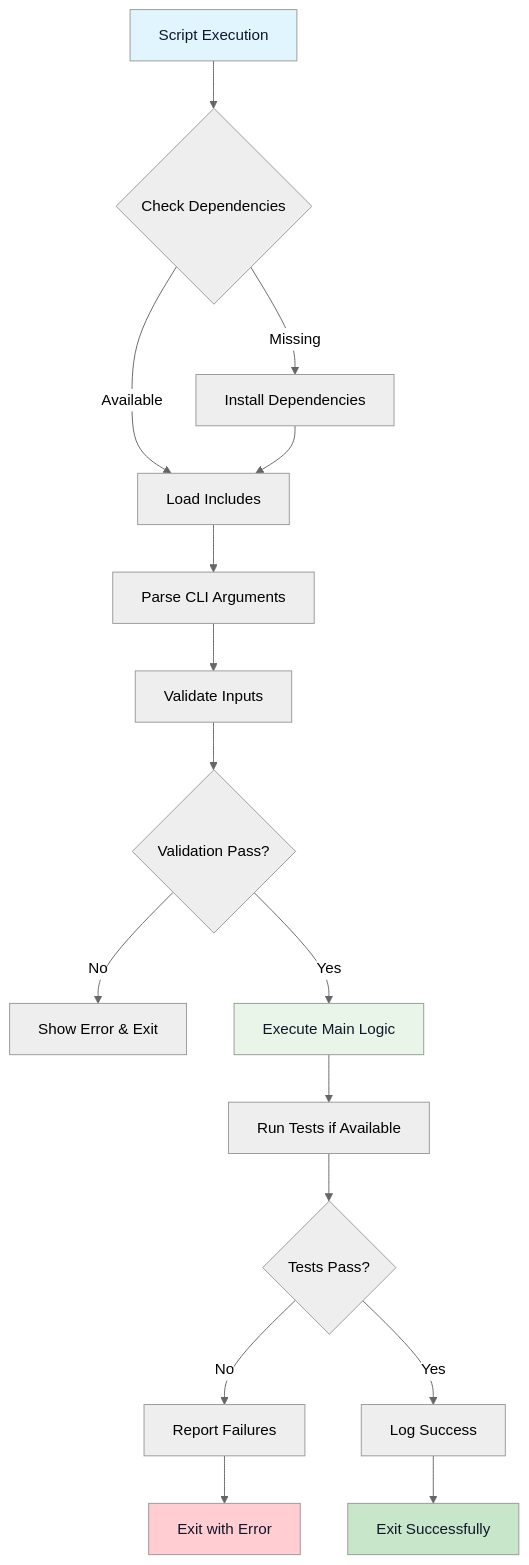
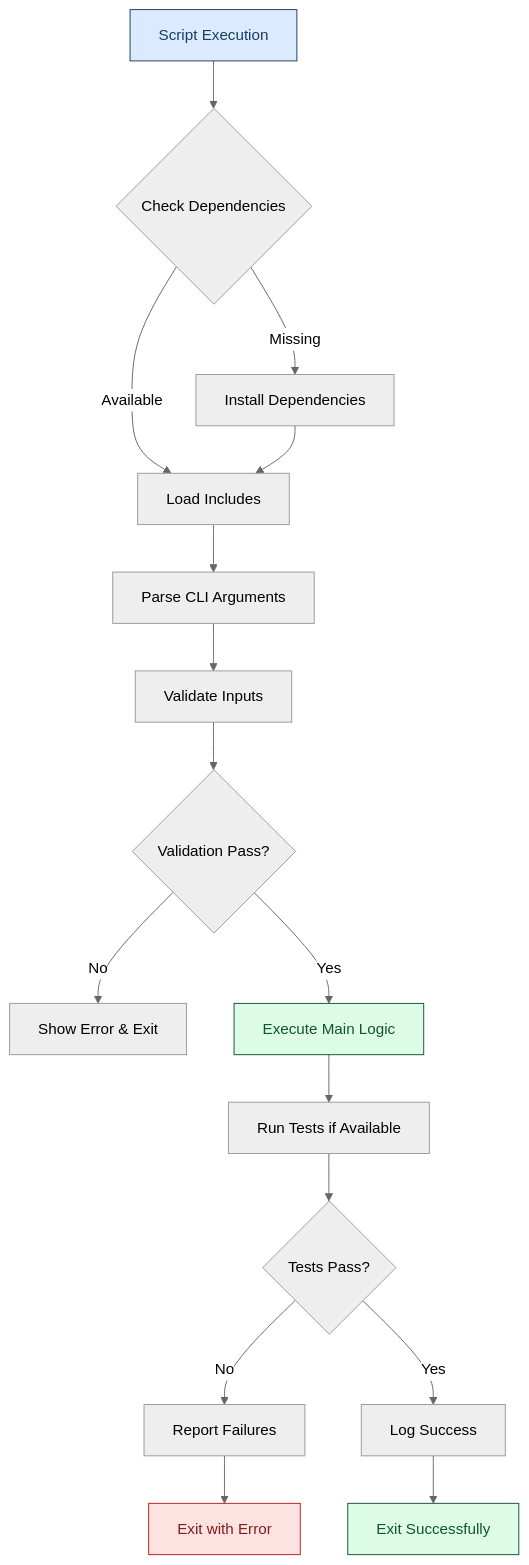
One commit to lightspeedwp/.github changed the third of 3 diagrams in scripts/README.md. Above: the diagram before and after it, drawn with Mermaid (neutral theme). The commit also changed other lines of this file and 181 other files, not shown here.

Commit message:
docs: maintenance updates (Mermaid + staleness)

````diff
--- a/scripts/README.md
+++ b/scripts/README.md
@@ -345,25 +345,25 @@
 ```mermaid
 flowchart TD
   accTitle: Script Execution Flow
   accDescr: Flowchart diagram showing script execution flow
     A[Script Execution] --> B{Check Dependencies}
     B -->|Missing| C[Install Dependencies]
     B -->|Available| D[Load Includes]
     C --> D
     D --> E[Parse CLI Arguments]
     E --> F[Validate Inputs]
     F --> G{Validation Pass?}
     G -->|No| H[Show Error & Exit]
     G -->|Yes| I[Execute Main Logic]
     I --> J[Run Tests if Available]
     J --> K{Tests Pass?}
     K -->|No| L[Report Failures]
     K -->|Yes| M[Log Success]
     L --> N[Exit with Error]
     M --> O[Exit Successfully]
 
-    style A fill:#e1f5fe,color:#0f172a
-    style I fill:#e8f5e8,color:#0f172a
-    style O fill:#c8e6c9,color:#0f172a
-    style N fill:#ffcdd2,color:#0f172a
+    style A fill:#dbeafe,color:#1e3a5f,stroke:#1e3a5f
+    style I fill:#dcfce7,color:#14532d,stroke:#14532d
+    style O fill:#dcfce7,color:#14532d,stroke:#14532d
+    style N fill:#fee2e2,color:#7f1d1d,stroke:#b91c1c
 ```
````
